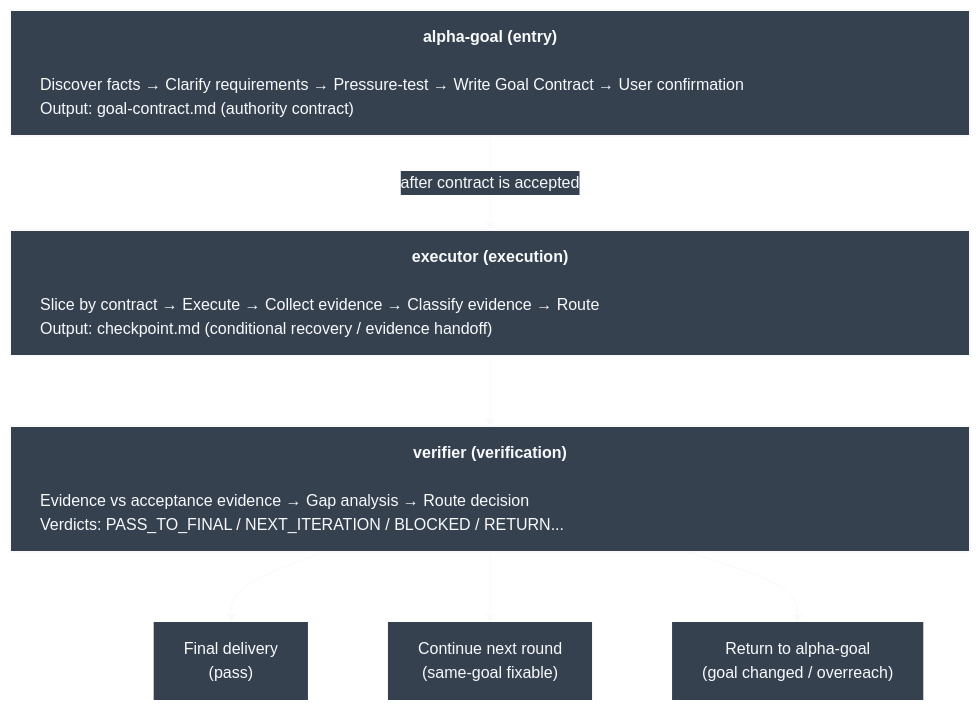
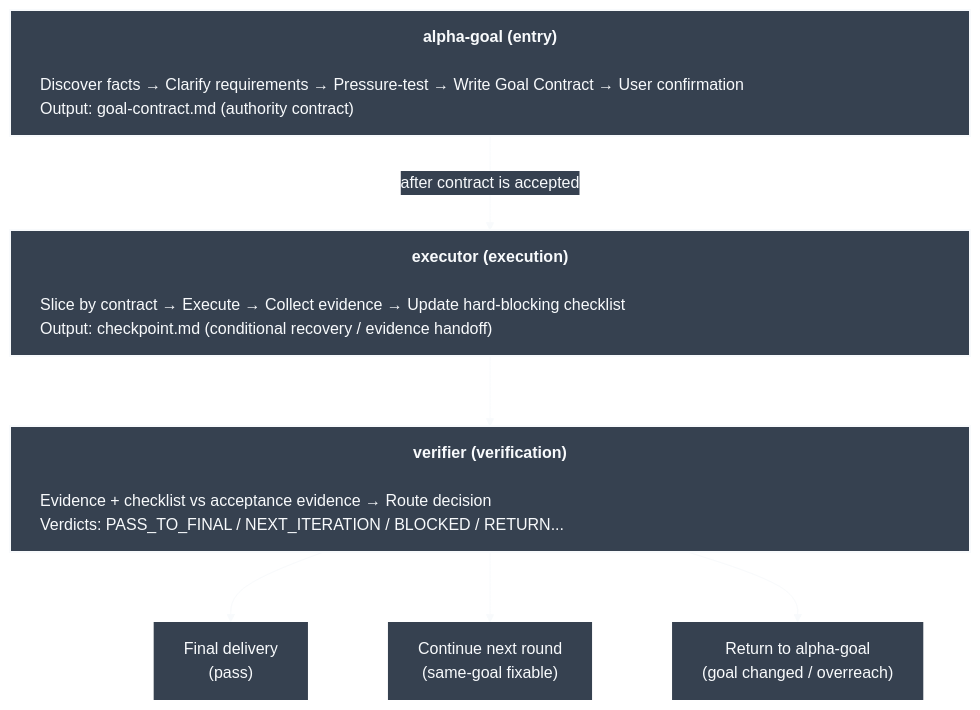
The diagram in README.en.md (azhonglee/alpha-goal), drawn with Mermaid before and after one commit. The commit also changed other lines of this file and 18 other files, not shown here.

````diff
--- a/README.en.md
+++ b/README.en.md
@@ -42,18 +42,18 @@
 ```mermaid
 %%{init: {"theme":"base","flowchart":{"wrappingWidth":900,"nodeSpacing":80,"rankSpacing":70,"htmlLabels":true},"markdownAutoWrap":false,"themeVariables":{"background":"#364150","primaryColor":"#364150","primaryTextColor":"#f8fafc","primaryBorderColor":"#f8fafc","lineColor":"#f8fafc","edgeLabelBackground":"#364150","fontFamily":"ui-monospace, SFMono-Regular, Menlo, Monaco, Consolas, monospace"}}}%%
 flowchart TD
   AG["<div align='center'><strong>alpha-goal (entry)</strong></div><div align='left' style='width:900px'><br/>Discover facts → Clarify requirements → Pressure-test → Write Goal Contract → User confirmation<br/>Output: goal-contract.md (authority contract)</div>"]
-  CL["<div align='center'><strong>executor (execution)</strong></div><div align='left' style='width:900px'><br/>Slice by contract → Execute → Collect evidence → Classify evidence → Route<br/>Output: checkpoint.md (conditional recovery / evidence handoff)</div>"]
-  GV["<div align='center'><strong>verifier (verification)</strong></div><div align='left' style='width:900px'><br/>Evidence vs acceptance evidence → Gap analysis → Route decision<br/>Verdicts: PASS_TO_FINAL / NEXT_ITERATION / BLOCKED / RETURN...</div>"]
+  CL["<div align='center'><strong>executor (execution)</strong></div><div align='left' style='width:900px'><br/>Slice by contract → Execute → Collect evidence → Update hard-blocking checklist<br/>Output: checkpoint.md (conditional recovery / evidence handoff)</div>"]
+  GV["<div align='center'><strong>verifier (verification)</strong></div><div align='left' style='width:900px'><br/>Evidence + checklist vs acceptance evidence → Route decision<br/>Verdicts: PASS_TO_FINAL / NEXT_ITERATION / BLOCKED / RETURN...</div>"]
 
   AG -->|"after contract is accepted"| CL
   CL --> GV
   GV --> Pass["Final delivery<br/>(pass)"]
   GV --> Next["Continue next round<br/>(same-goal fixable)"]
   GV --> Return["Return to alpha-goal<br/>(goal changed / overreach)"]
 
   classDef stage fill:#364150,stroke:#f8fafc,color:#f8fafc,stroke-width:2px;
   classDef route fill:#364150,stroke:#364150,color:#f8fafc,stroke-width:0px;
   class AG,CL,GV stage;
   class Pass,Next,Return route;
 ```
````
